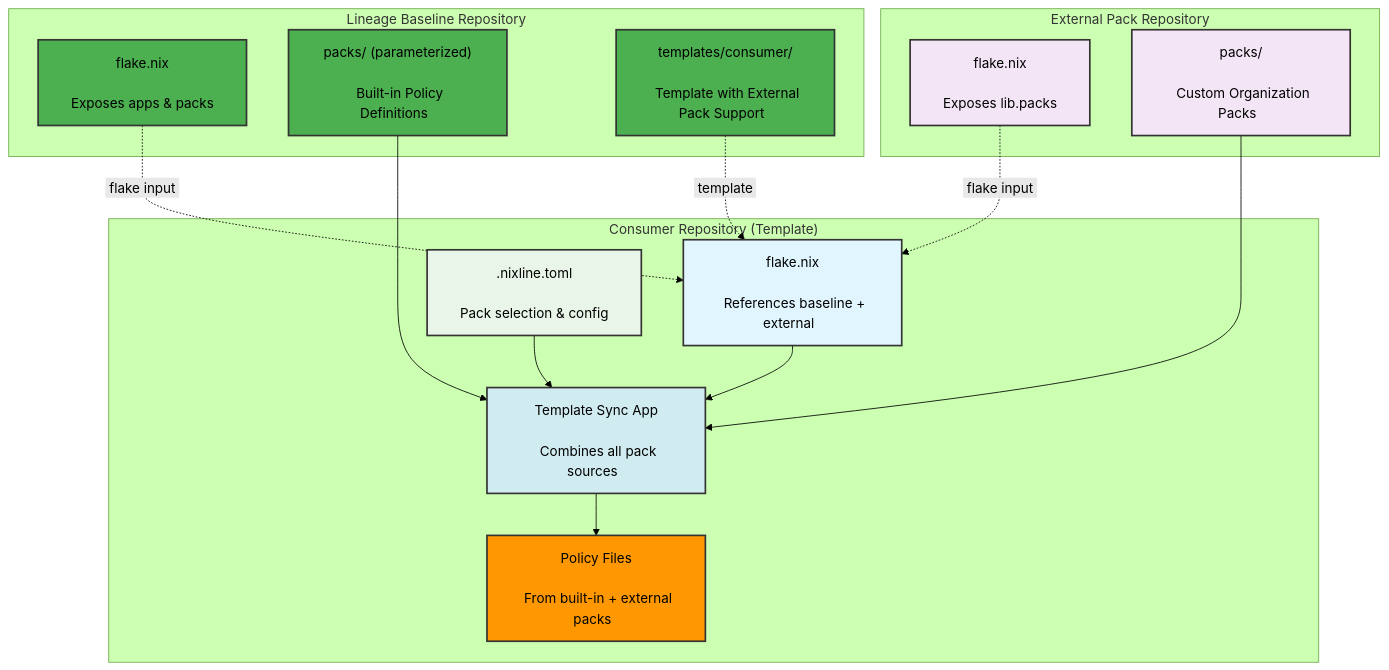
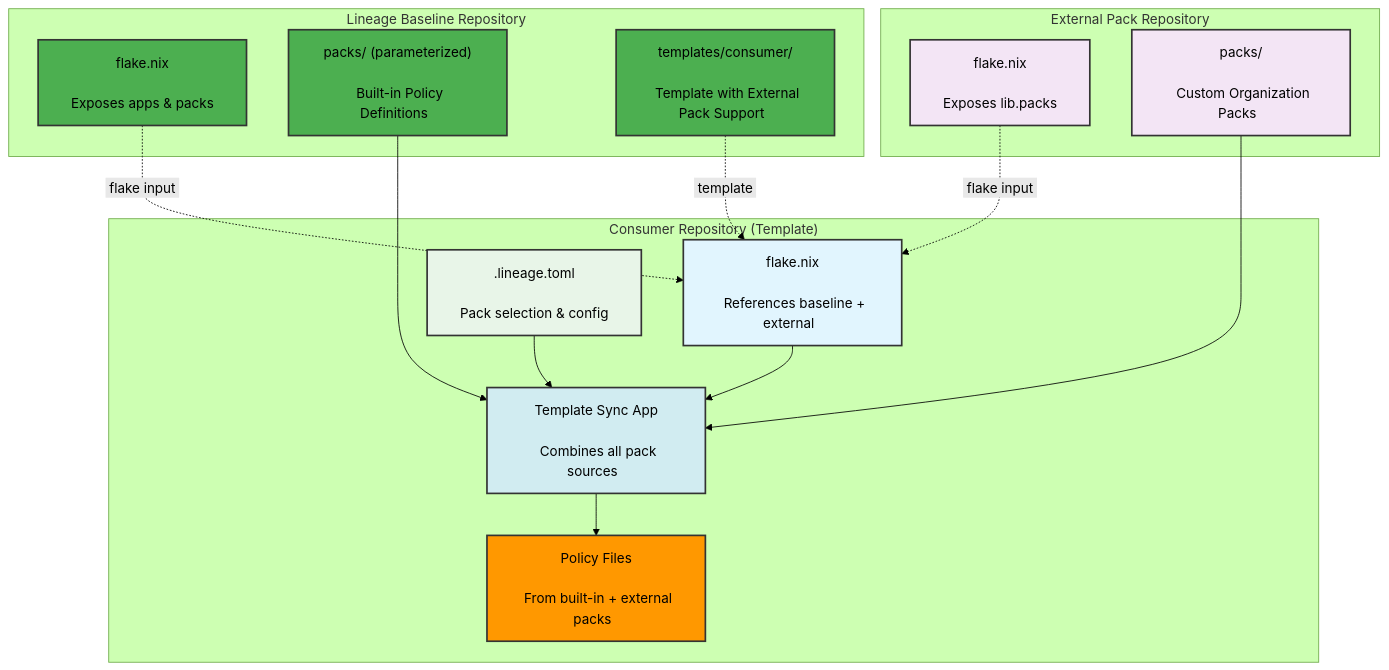
One commit to NixLine-org/nixline-baseline changed the fifth of 11 diagrams in README.md. Above: the diagram before and after it, drawn with Mermaid (forest theme). The commit also changed other lines of this file and 3 other files, not shown here.

````diff
--- a/README.md
+++ b/README.md
@@ -348,40 +348,40 @@
 ```mermaid
 graph TD
     subgraph baseline["&nbsp;&nbsp;&nbsp;&nbsp;Lineage Baseline Repository&nbsp;&nbsp;&nbsp;&nbsp;"]
         B1["&nbsp;&nbsp;flake.nix&nbsp;&nbsp;<br/>&nbsp;<br/>&nbsp;&nbsp;Exposes apps & packs&nbsp;&nbsp;"]
         B2["&nbsp;&nbsp;packs/ (parameterized)&nbsp;&nbsp;<br/>&nbsp;<br/>&nbsp;&nbsp;Built-in Policy Definitions&nbsp;&nbsp;"]
         B3["&nbsp;&nbsp;templates/consumer/&nbsp;&nbsp;<br/>&nbsp;<br/>&nbsp;&nbsp;Template with External Pack Support&nbsp;&nbsp;"]
     end
 
     subgraph external["&nbsp;&nbsp;&nbsp;&nbsp;External Pack Repository&nbsp;&nbsp;&nbsp;&nbsp;"]
         E1["&nbsp;&nbsp;flake.nix&nbsp;&nbsp;<br/>&nbsp;<br/>&nbsp;&nbsp;Exposes lib.packs&nbsp;&nbsp;"]
         E2["&nbsp;&nbsp;packs/&nbsp;&nbsp;<br/>&nbsp;<br/>&nbsp;&nbsp;Custom Organization Packs&nbsp;&nbsp;"]
     end
 
     subgraph consumer["&nbsp;&nbsp;&nbsp;&nbsp;Consumer Repository (Template)&nbsp;&nbsp;&nbsp;&nbsp;"]
         C1["&nbsp;&nbsp;flake.nix&nbsp;&nbsp;<br/>&nbsp;<br/>&nbsp;&nbsp;References baseline + external&nbsp;&nbsp;"]
-        C2["&nbsp;&nbsp;.nixline.toml&nbsp;&nbsp;<br/>&nbsp;<br/>&nbsp;&nbsp;Pack selection & config&nbsp;&nbsp;"]
+        C2["&nbsp;&nbsp;.lineage.toml&nbsp;&nbsp;<br/>&nbsp;<br/>&nbsp;&nbsp;Pack selection & config&nbsp;&nbsp;"]
         C3["&nbsp;&nbsp;Policy Files&nbsp;&nbsp;<br/>&nbsp;<br/>&nbsp;&nbsp;From built-in + external packs&nbsp;&nbsp;"]
         C4["&nbsp;&nbsp;Template Sync App&nbsp;&nbsp;<br/>&nbsp;<br/>&nbsp;&nbsp;Combines all pack sources&nbsp;&nbsp;"]
     end
 
     B1 -.->|"&nbsp;flake input&nbsp;"| C1
     E1 -.->|"&nbsp;flake input&nbsp;"| C1
     B3 -.->|"&nbsp;template&nbsp;"| C1
 
     C1 --> C4
     C2 --> C4
     B2 --> C4
     E2 --> C4
     C4 --> C3
 
     style B1 fill:#4CAF50,color:#000000,stroke:#333,stroke-width:2px
     style B2 fill:#4CAF50,color:#000000,stroke:#333,stroke-width:2px
     style B3 fill:#4CAF50,color:#000000,stroke:#333,stroke-width:2px
     style E1 fill:#f3e5f5,color:#000000,stroke:#333,stroke-width:2px
     style E2 fill:#f3e5f5,color:#000000,stroke:#333,stroke-width:2px
     style C1 fill:#e1f5fe,color:#000000,stroke:#333,stroke-width:2px
     style C2 fill:#e8f5e8,color:#000000,stroke:#333,stroke-width:2px
     style C3 fill:#FF9800,color:#000000,stroke:#333,stroke-width:2px
     style C4 fill:#d1ecf1,color:#000000,stroke:#333,stroke-width:2px
 ```
````
